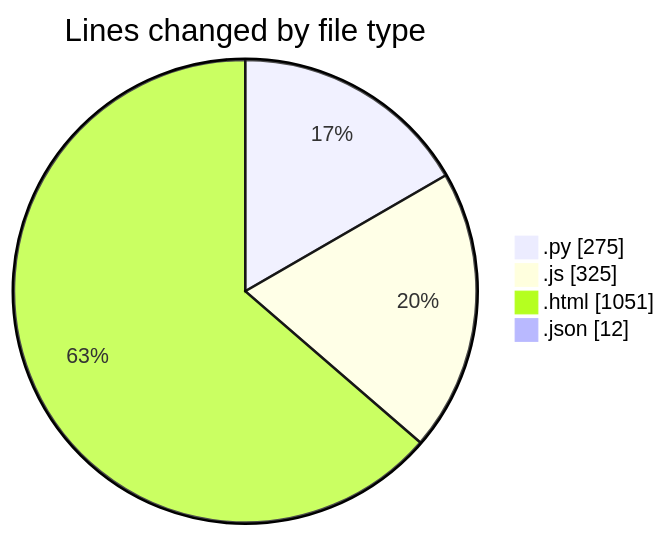
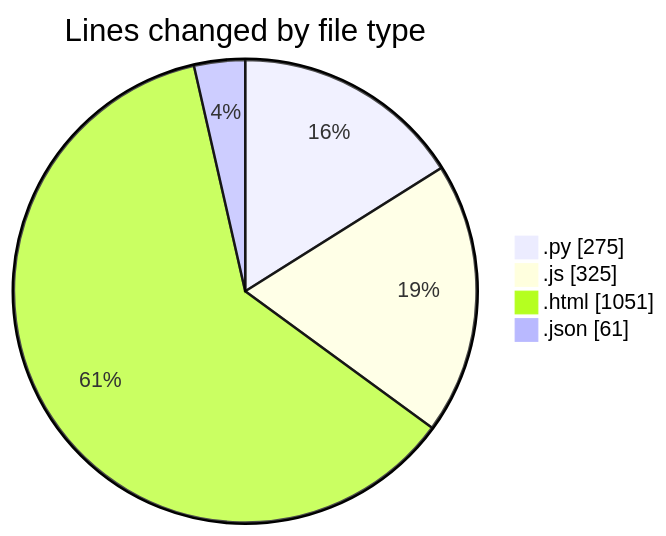
The first of 2 diagrams in 2026-07-09/twenty_versions_aminor/README.md (shibass792/code-tracking), drawn with Mermaid before and after one commit. The commit also changed other lines of this file and 1 other file, not shown here.

````diff
--- a/2026-07-09/twenty_versions_aminor/README.md
+++ b/2026-07-09/twenty_versions_aminor/README.md
@@ -24,8 +24,8 @@
 ```mermaid
 pie showData
 title Lines changed by file type
 ".py" : 275
 ".js" : 325
 ".html" : 1051
-".json" : 12
+".json" : 61
 ```
````
